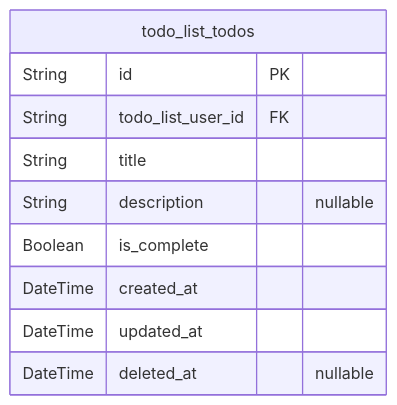
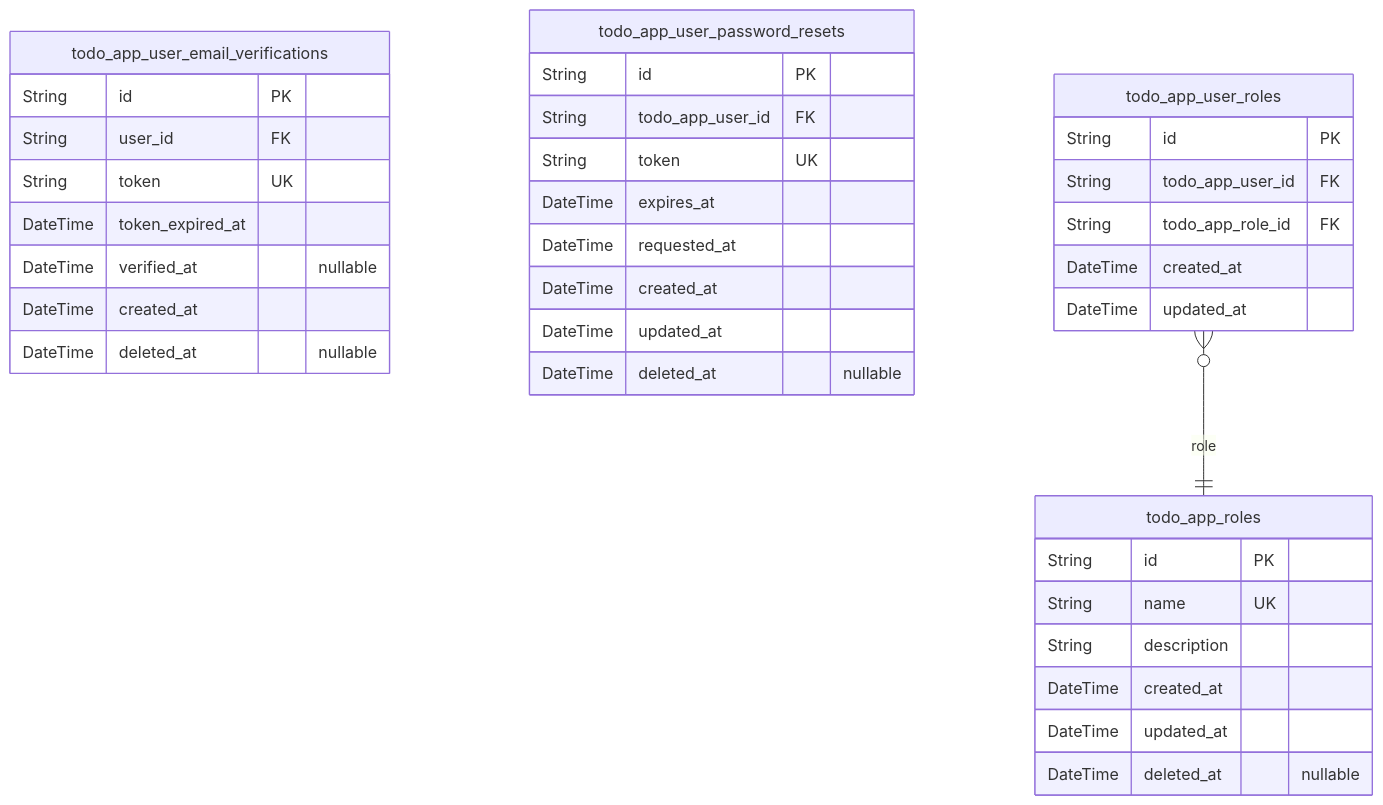
The second of 3 diagrams in openai/gpt-4.1-mini/todo/docs/ERD.md (wrtnlabs/autobe-examples), drawn with Mermaid before and after one commit. The commit also changed other lines of this file and 615 other files, not shown here.

````diff
--- a/openai/gpt-4.1-mini/todo/docs/ERD.md
+++ b/openai/gpt-4.1-mini/todo/docs/ERD.md
@@ -229,13 +260,38 @@
 ```mermaid
 erDiagram
-"todo_list_todos" {
+"todo_app_user_email_verifications" {
   String id PK
-  String todo_list_user_id FK
-  String title
-  String description "nullable"
-  Boolean is_complete
+  String user_id FK
+  String token UK
+  DateTime token_expired_at
+  DateTime verified_at "nullable"
+  DateTime created_at
+  DateTime deleted_at "nullable"
+}
+"todo_app_user_password_resets" {
+  String id PK
+  String todo_app_user_id FK
+  String token UK
+  DateTime expires_at
+  DateTime requested_at
   DateTime created_at
   DateTime updated_at
   DateTime deleted_at "nullable"
 }
+"todo_app_roles" {
+  String id PK
+  String name UK
+  String description
+  DateTime created_at
+  DateTime updated_at
+  DateTime deleted_at "nullable"
+}
+"todo_app_user_roles" {
+  String id PK
+  String todo_app_user_id FK
+  String todo_app_role_id FK
+  DateTime created_at
+  DateTime updated_at
+}
+"todo_app_user_roles" }o--|| "todo_app_roles" : role
 ```
````
